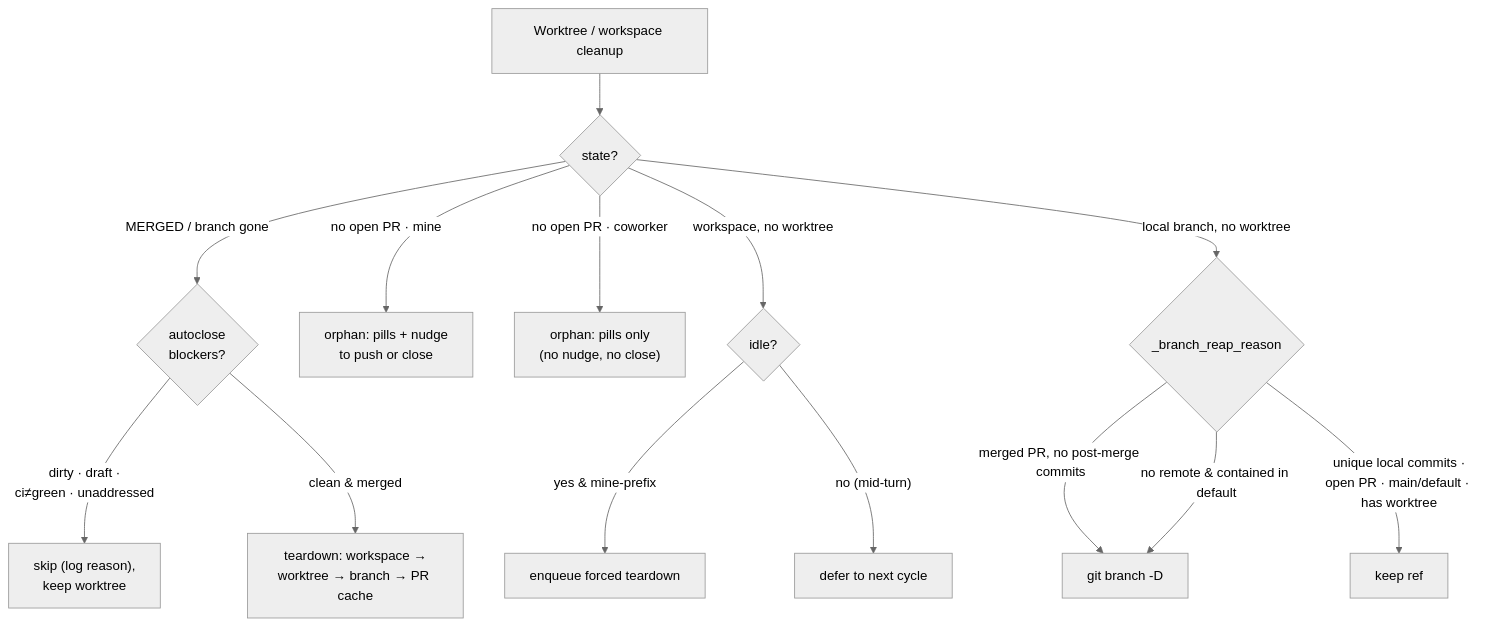
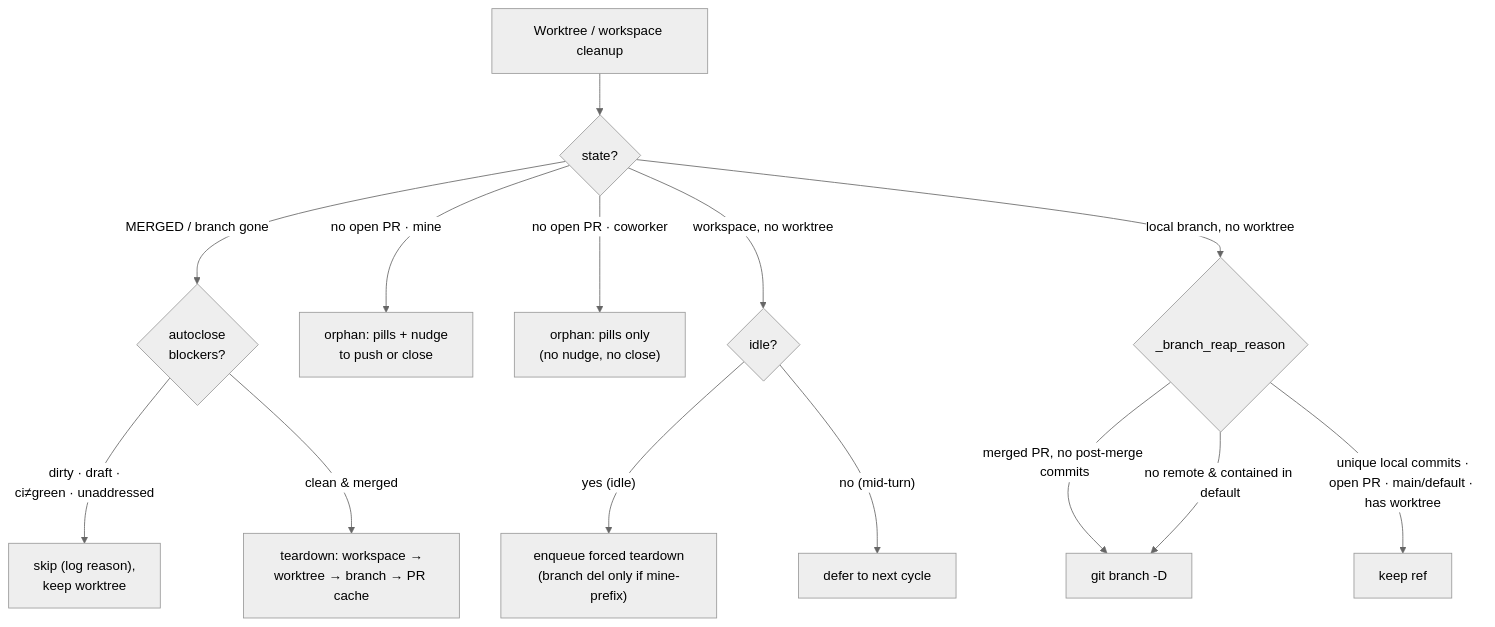
The third of 5 diagrams in docs/state-machine.md (khivi/cockpit), drawn with Mermaid (neutral theme) before and after one commit. The commit also changed 1 other file, not shown here.

Commit message:
fix: correct _reap_workspace_orphans docstring + state-machine mine-prefix gate
The body reaps every owned orphan workspace when idle; the mine-prefix check
only decides whether the stale local branch ref is also deleted. The docstring
("Only mine-prefix branches are reaped") and the state-machine diagram label
("yes & mine-prefix") both claimed mine-prefix gates the teardown itself —
it does not. Align both with the (correct) code.

````diff
--- a/docs/state-machine.md
+++ b/docs/state-machine.md
@@ -104,21 +104,21 @@
 ```mermaid
 flowchart TD
   C["Worktree / workspace cleanup"] --> K{"state?"}
 
   K -->|"MERGED / branch gone"| AC{"autoclose<br/>blockers?"}
   AC -->|"dirty · draft ·<br/>ci≠green · unaddressed"| SK["skip (log reason),<br/>keep worktree"]
   AC -->|"clean & merged"| TD["teardown: workspace →<br/>worktree → branch → PR cache"]
 
   K -->|"no open PR · mine"| OR["orphan: pills + nudge<br/>to push or close"]
 
   K -->|"no open PR · coworker"| OC["orphan: pills only<br/>(no nudge, no close)"]
 
   K -->|"workspace, no worktree"| RP{"idle?"}
-  RP -->|"yes & mine-prefix"| EN["enqueue forced teardown"]
+  RP -->|"yes (idle)"| EN["enqueue forced teardown<br/>(branch del only if mine-prefix)"]
   RP -->|"no (mid-turn)"| DF["defer to next cycle"]
 
   K -->|"local branch, no worktree"| BR{"_branch_reap_reason"}
   BR -->|"merged PR, no post-merge commits"| BD["git branch -D"]
   BR -->|"no remote & contained in default"| BD
   BR -->|"unique local commits ·<br/>open PR · main/default · has worktree"| BK["keep ref"]
 ```
````
